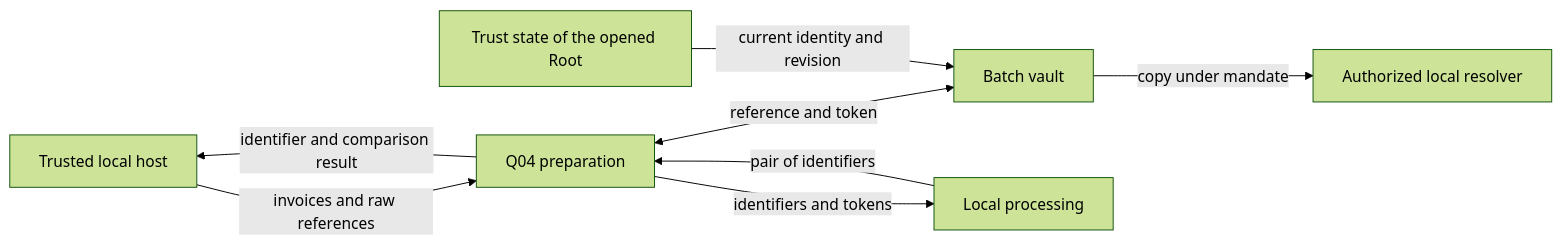
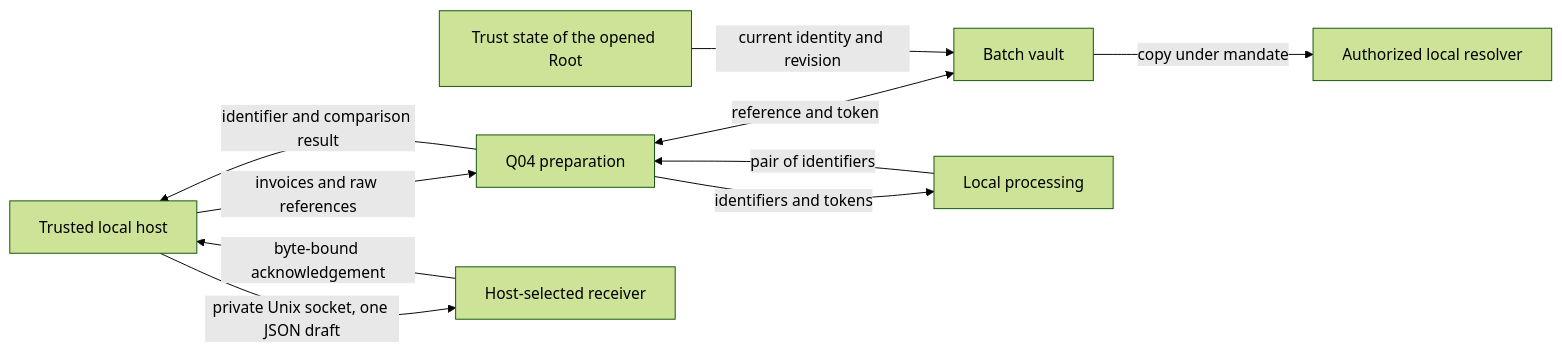
Before and after one commit to mo0ogly/swarm: the diagram in docs/en/P02-TOKEN-VAULT.md, drawn with Mermaid (forest theme). The commit also changed other lines of this file and 8 other files, not shown here.

````diff
--- a/docs/en/P02-TOKEN-VAULT.md
+++ b/docs/en/P02-TOKEN-VAULT.md
@@ -13,10 +14,12 @@
 ```mermaid
 flowchart LR
   A[Trusted local host] -->|invoices and raw references| F[Q04 preparation]
   F <-->|reference and token| V[Batch vault]
   T[Trust state of the opened Root] -->|current identity and revision| V
   F -->|identifiers and tokens| P[Local processing]
   P -->|pair of identifiers| F
   F -->|identifier and comparison result| A
+  A -->|private Unix socket, one JSON draft| D[Host-selected receiver]
+  D -->|byte-bound acknowledgement| A
   V -->|copy under mandate| R[Authorized local resolver]
 ```
````
